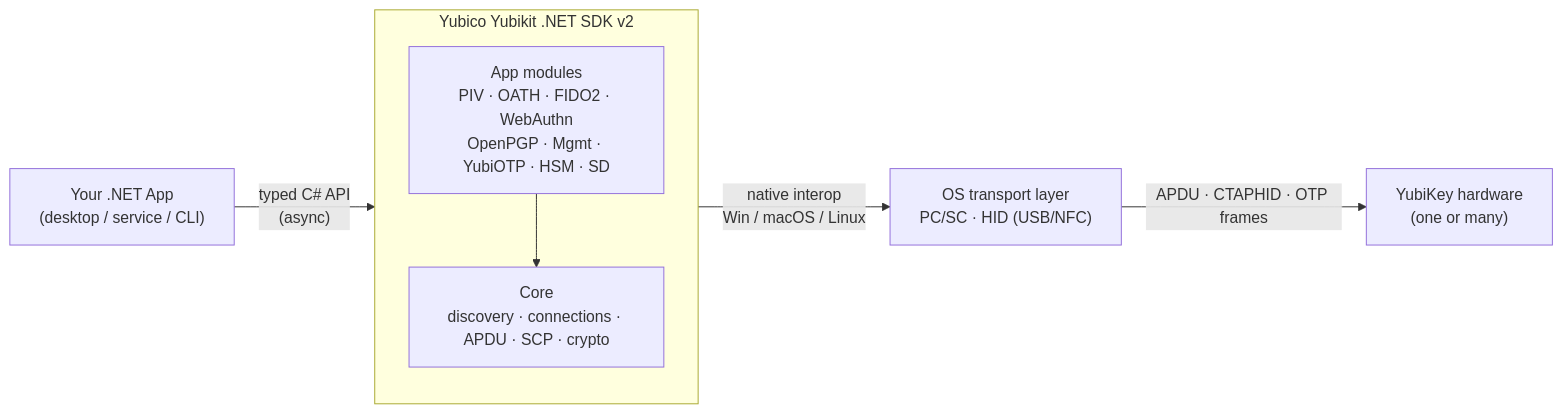
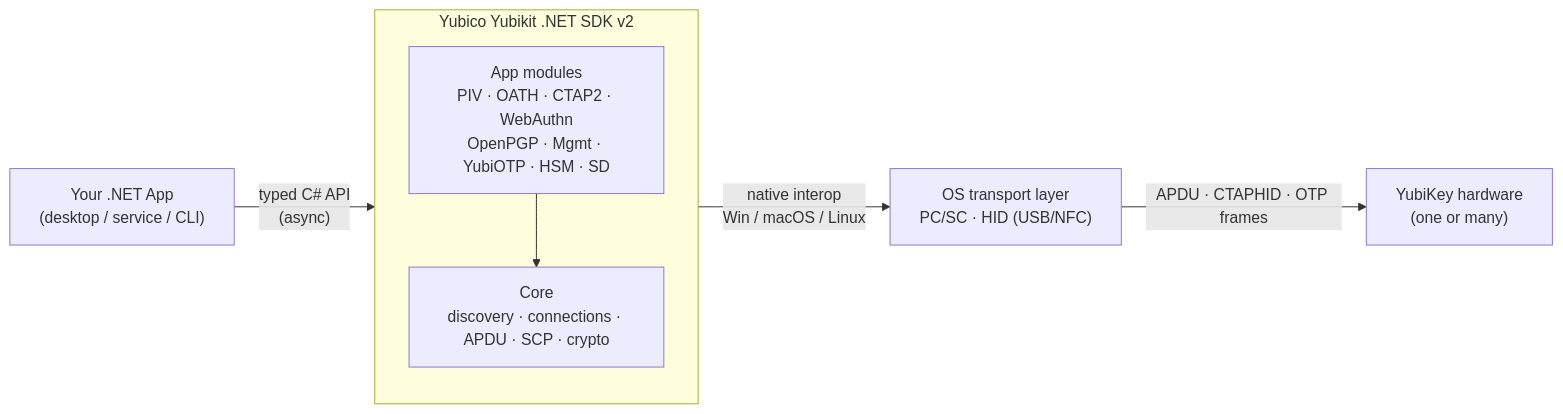
One commit to Yubico/Yubico.NET.SDK changed the first of 7 diagrams in docs/architecture/sdk-architecture-diagrams.md. Above: the diagram before and after it, drawn with Mermaid. The commit also changed other lines of this file and 535 other files, not shown here.

````diff
--- a/docs/architecture/sdk-architecture-diagrams.md
+++ b/docs/architecture/sdk-architecture-diagrams.md
@@ -20,16 +20,16 @@
 ```mermaid
 flowchart LR
     App["Your .NET App<br/>(desktop / service / CLI)"]
     subgraph SDK["Yubico Yubikit .NET SDK v2"]
         direction TB
-        Apps["App modules<br/>PIV · OATH · FIDO2 · WebAuthn<br/>OpenPGP · Mgmt · YubiOTP · HSM · SD"]
+        Apps["App modules<br/>PIV · OATH · CTAP2 · WebAuthn<br/>OpenPGP · Mgmt · YubiOTP · HSM · SD"]
         Core["Core<br/>discovery · connections · APDU · SCP · crypto"]
         Apps --> Core
     end
     OS["OS transport layer<br/>PC/SC · HID (USB/NFC)"]
     HW["YubiKey hardware<br/>(one or many)"]
 
     App -->|"typed C# API<br/>(async)"| SDK
     Core -->|"native interop<br/>Win / macOS / Linux"| OS
     OS -->|"APDU · CTAPHID · OTP frames"| HW
 ```
````
